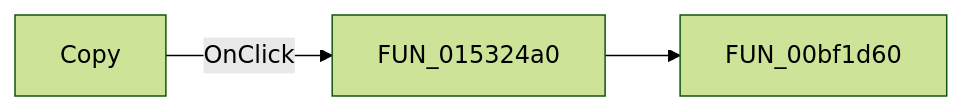
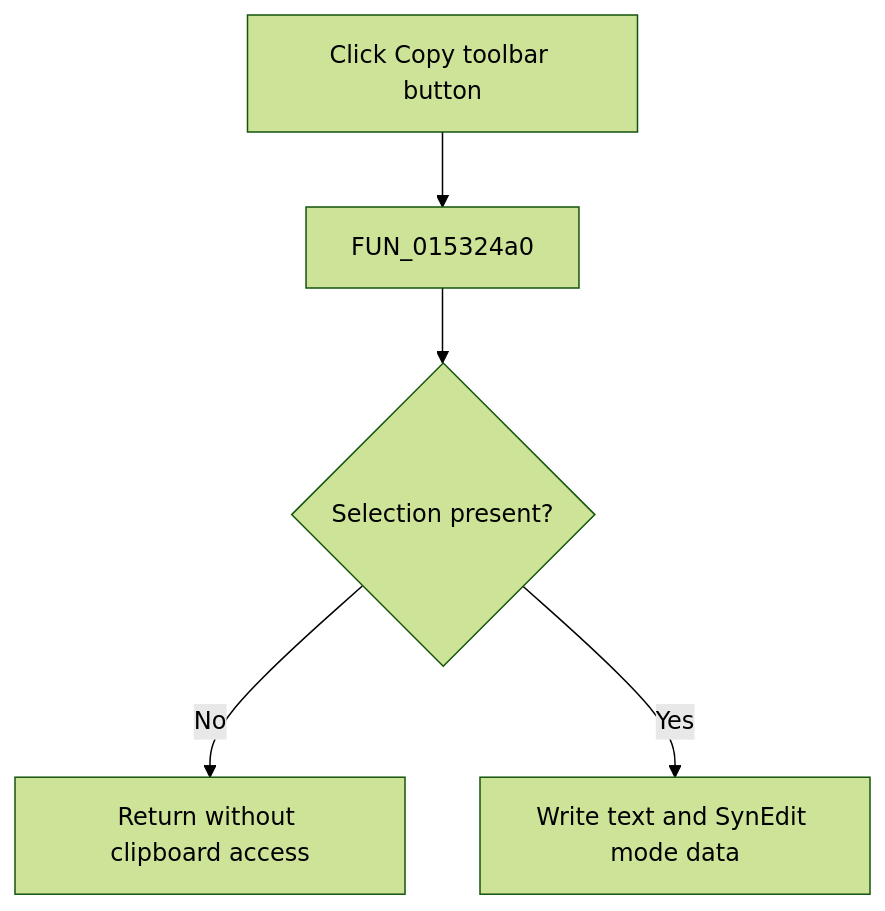
Before and after one commit to MovGP0/TIARA: the diagram in docs/ui-controls/netlisteditor/copybutton-ff6b2d9340.md, drawn with Mermaid (forest theme). The commit also changed other lines of this file and 1062 other files, not shown here.

````diff
--- a/docs/ui-controls/netlisteditor/copybutton-ff6b2d9340.md
+++ b/docs/ui-controls/netlisteditor/copybutton-ff6b2d9340.md
@@ -27,5 +29,7 @@
 ```mermaid
-flowchart LR
-    control["Copy"] -->|OnClick| handler["FUN_015324a0"]
-    handler --> call1["FUN_00bf1d60"]
+flowchart TD
+    control["Click Copy toolbar button"] --> handler["FUN_015324a0"]
+    handler --> selected{"Selection present?"}
+    selected -->|No| noop["Return without clipboard access"]
+    selected -->|Yes| clipboard["Write text and SynEdit mode data"]
 ```
````
